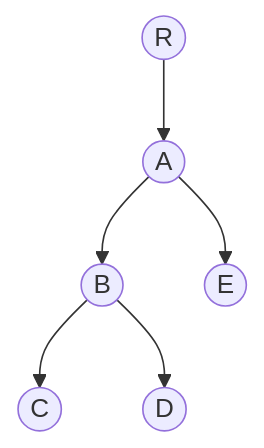
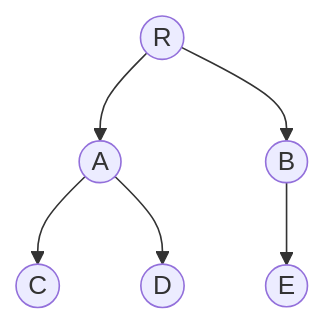
One commit to Icker/blog changed the diagram in 数据结构与算法/数据结构与算法概述.md. Above: the diagram before and after it, drawn with Mermaid. The commit also changed other lines of this file and 4 other files, not shown here.

````diff
--- a/数据结构与算法/数据结构与算法概述.md
+++ b/数据结构与算法/数据结构与算法概述.md
@@ -524,8 +524,8 @@
 ```mermaid
 graph TD
 r((R))-->a((A))
-a-->b((B))
-a-->e((E))
-b-->c((C))
-b-->d((D))
+r-->b((B))
+b-->e((E))
+a-->c((C))
+a-->d((D))
 ```
````
